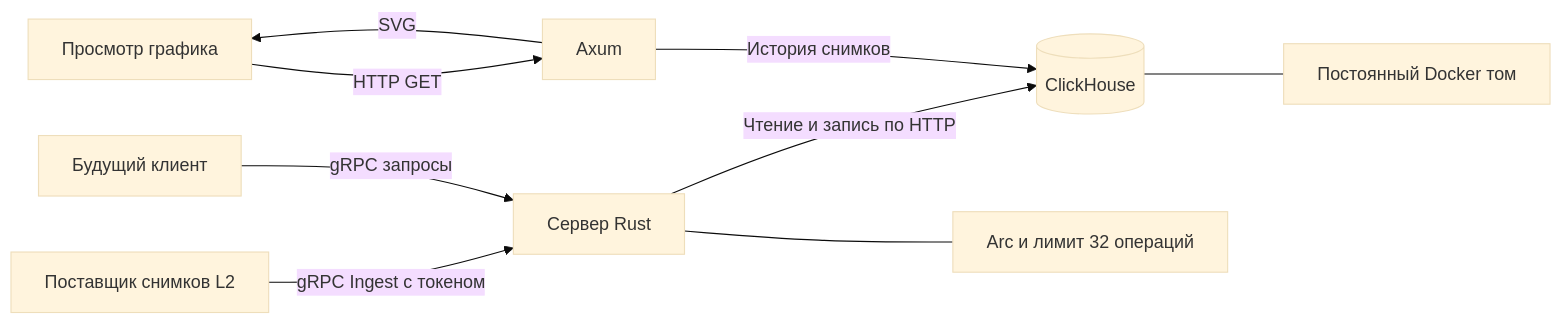
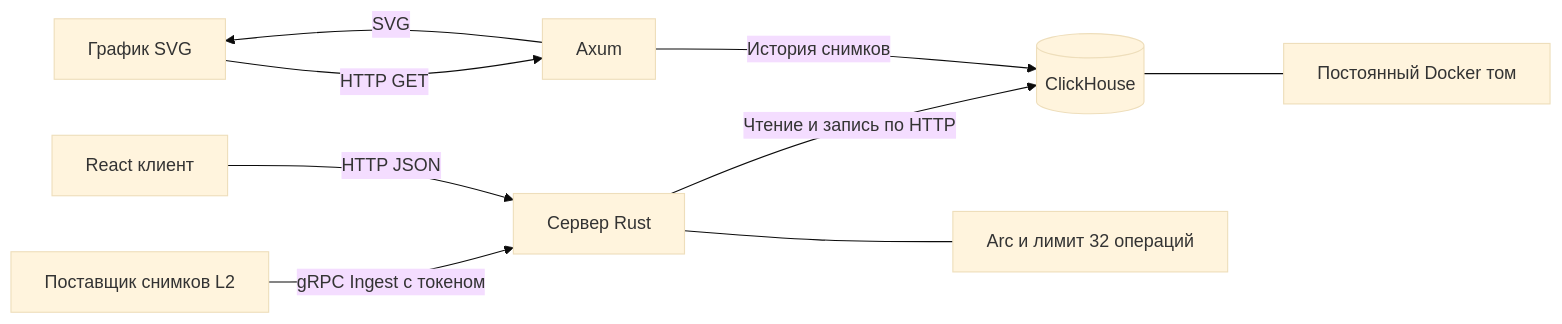
Before and after one commit to advprop/market-data-hw: the first of 2 diagrams in README.md, drawn with Mermaid (base theme). The commit also changed other lines of this file and 33 other files, not shown here.

Commit message:
Add React order book client with end-to-end checks and demo

````diff
--- a/README.md
+++ b/README.md
@@ -45,11 +73,11 @@
 ```mermaid
 flowchart LR
     Source[Поставщик снимков L2] -->|gRPC Ingest с токеном| Server[Сервер Rust]
-    Client[Будущий клиент] -->|gRPC запросы| Server
+    Client[React клиент] -->|HTTP JSON| Server
     Server -->|Чтение и запись по HTTP| Database[(ClickHouse)]
     Database --- Volume[Постоянный Docker том]
-    Browser[Просмотр графика] -->|HTTP GET| Plot[Axum]
+    Browser[График SVG] -->|HTTP GET| Plot[Axum]
     Plot -->|История снимков| Database
     Plot -->|SVG| Browser
     Server --- Shared[Arc и лимит 32 операций]
 ```
````
